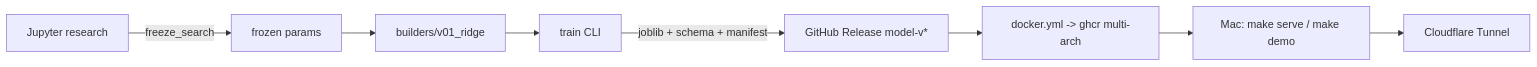
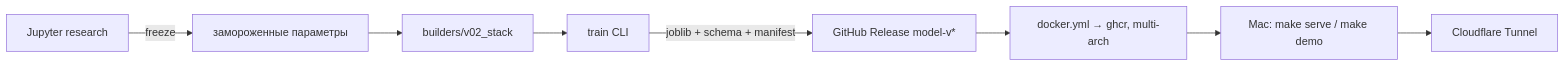
Before and after one commit to voffkal/houseprice-mlops: the diagram in README.md, drawn with Mermaid. The commit also changed other lines of this file and 1 other file, not shown here.

````diff
--- a/README.md
+++ b/README.md
@@ -21,10 +33,10 @@
 ```mermaid
 flowchart LR
-    NB[Jupyter research] -->|freeze_search| FR[frozen params]
-    FR --> B[builders/v01_ridge]
+    NB[Jupyter research] -->|freeze| FR[замороженные параметры]
+    FR --> B[builders/v02_stack]
     B --> T[train CLI]
     T -->|joblib + schema + manifest| R[GitHub Release model-v*]
-    R --> D[docker.yml -> ghcr multi-arch]
+    R --> D[docker.yml → ghcr, multi-arch]
     D --> M[Mac: make serve / make demo]
     M --> CF[Cloudflare Tunnel]
 ```
````
